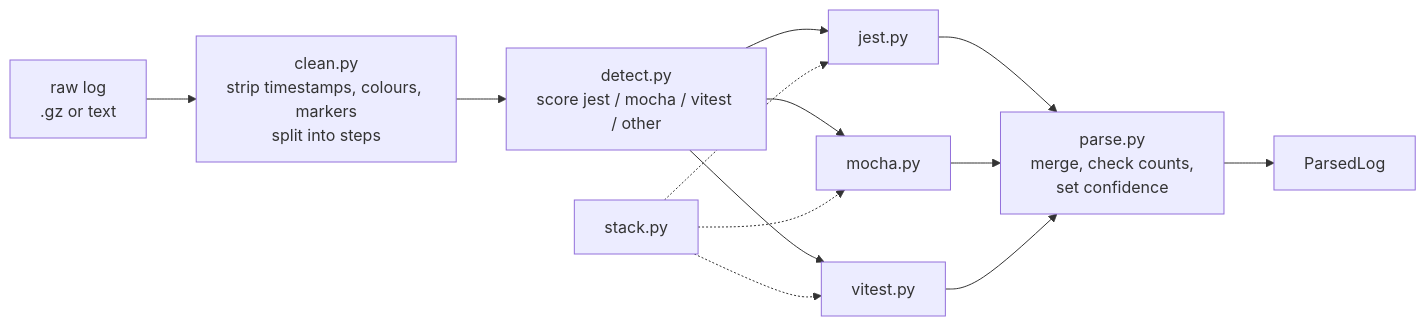
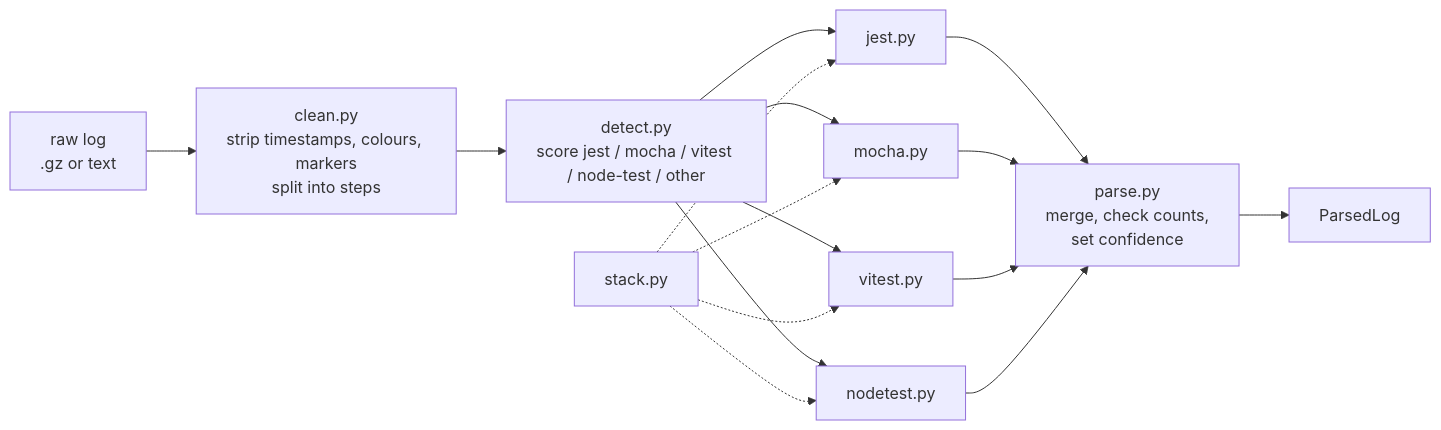
Before and after one commit to PrasadWijesinghe/Final_Research: the diagram in experts/testing/src/testing_expert/parsing/README.md, drawn with Mermaid. The commit also changed other lines of this file and 16 other files, not shown here.

Commit message:
feat(testing): parse Node's built-in test runner (node:test) TAP and spec output

````diff
--- a/experts/testing/src/testing_expert/parsing/README.md
+++ b/experts/testing/src/testing_expert/parsing/README.md
@@ -21,15 +21,18 @@
 ```mermaid
 flowchart LR
     A[raw log<br/>.gz or text] --> B[clean.py<br/>strip timestamps, colours, markers<br/>split into steps]
-    B --> C[detect.py<br/>score jest / mocha / vitest / other]
+    B --> C[detect.py<br/>score jest / mocha / vitest / node-test / other]
     C --> D1[jest.py]
     C --> D2[mocha.py]
     C --> D3[vitest.py]
+    C --> D4[nodetest.py]
     D1 --> E[parse.py<br/>merge, check counts,<br/>set confidence]
     D2 --> E
     D3 --> E
+    D4 --> E
     E --> F[ParsedLog]
     S[stack.py] -.-> D1
     S -.-> D2
     S -.-> D3
+    S -.-> D4
 ```
````
